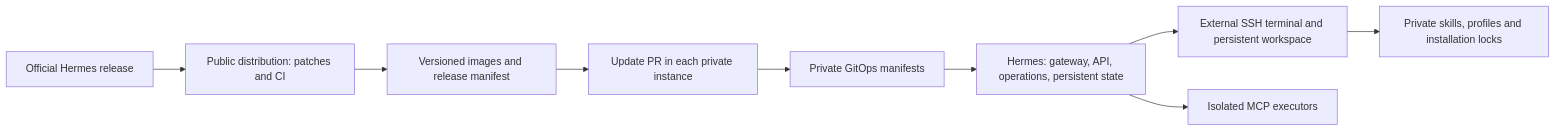
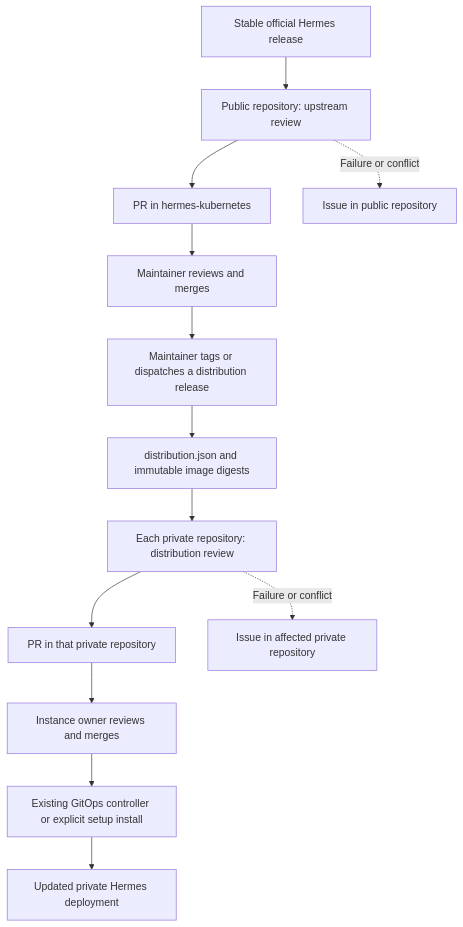
The second of 2 diagrams in README.md (jerbao/hermes-kubernetes), drawn with Mermaid before and after one commit. The commit also changed other lines of this file, not shown here.

Commit message:
docs: explain architecture, installation and update ownership

````diff
--- a/README.md
+++ b/README.md
@@ -14,11 +181,15 @@
 ```mermaid
-flowchart LR
-  U[Official Hermes release] --> B[Public distribution: patches and CI]
-  B --> R[Versioned images and release manifest]
-  R --> P[Update PR in each private instance]
-  P --> G[Private GitOps manifests]
-  G --> H[Hermes: gateway, API, operations, persistent state]
-  H --> T[External SSH terminal and persistent workspace]
-  H --> M[Isolated MCP executors]
-  T --> C[Private skills, profiles and installation locks]
+flowchart TD
+  Official[Stable official Hermes release] --> PublicCheck[Public repository: upstream review]
+  PublicCheck --> PublicPR[PR in hermes-kubernetes]
+  PublicPR --> PublicMerge[Maintainer reviews and merges]
+  PublicMerge --> Publish[Maintainer tags or dispatches a distribution release]
+  Publish --> Release[distribution.json and immutable image digests]
+  Release --> PrivateCheck[Each private repository: distribution review]
+  PrivateCheck --> PrivatePR[PR in that private repository]
+  PrivatePR --> PrivateMerge[Instance owner reviews and merges]
+  PrivateMerge --> Deploy[Existing GitOps controller or explicit setup install]
+  Deploy --> Runtime[Updated private Hermes deployment]
+  PublicCheck -. Failure or conflict .-> PublicIssue[Issue in public repository]
+  PrivateCheck -. Failure or conflict .-> PrivateIssue[Issue in affected private repository]
 ```
````
